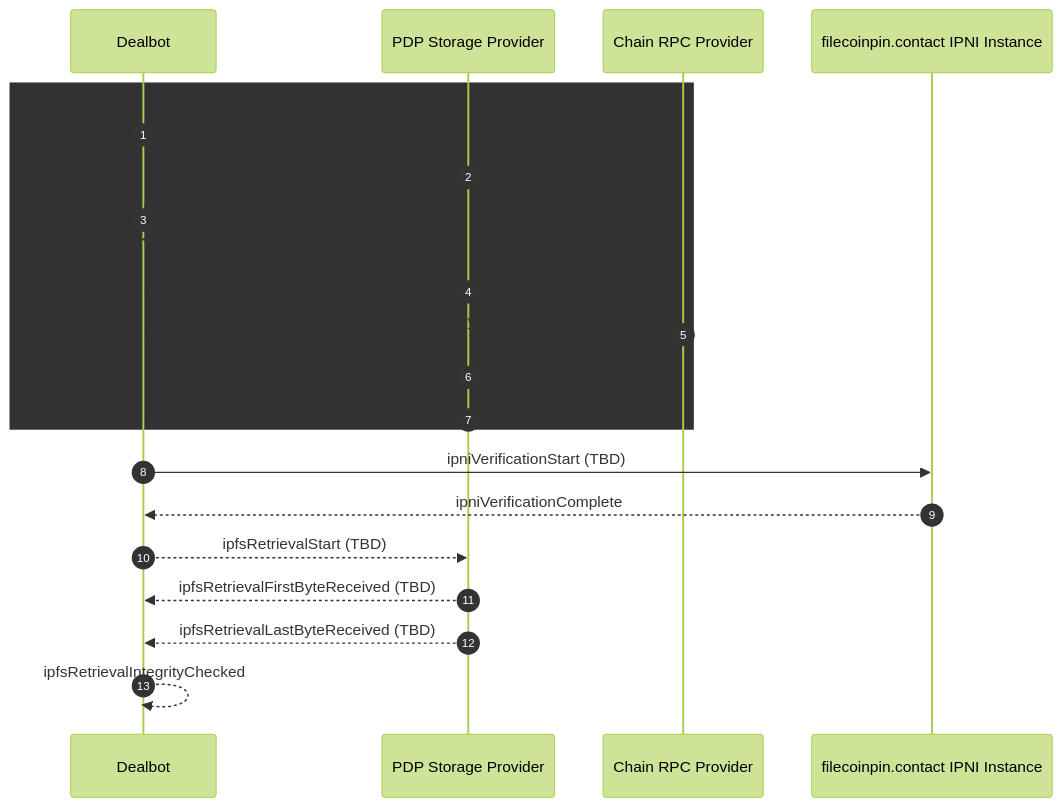
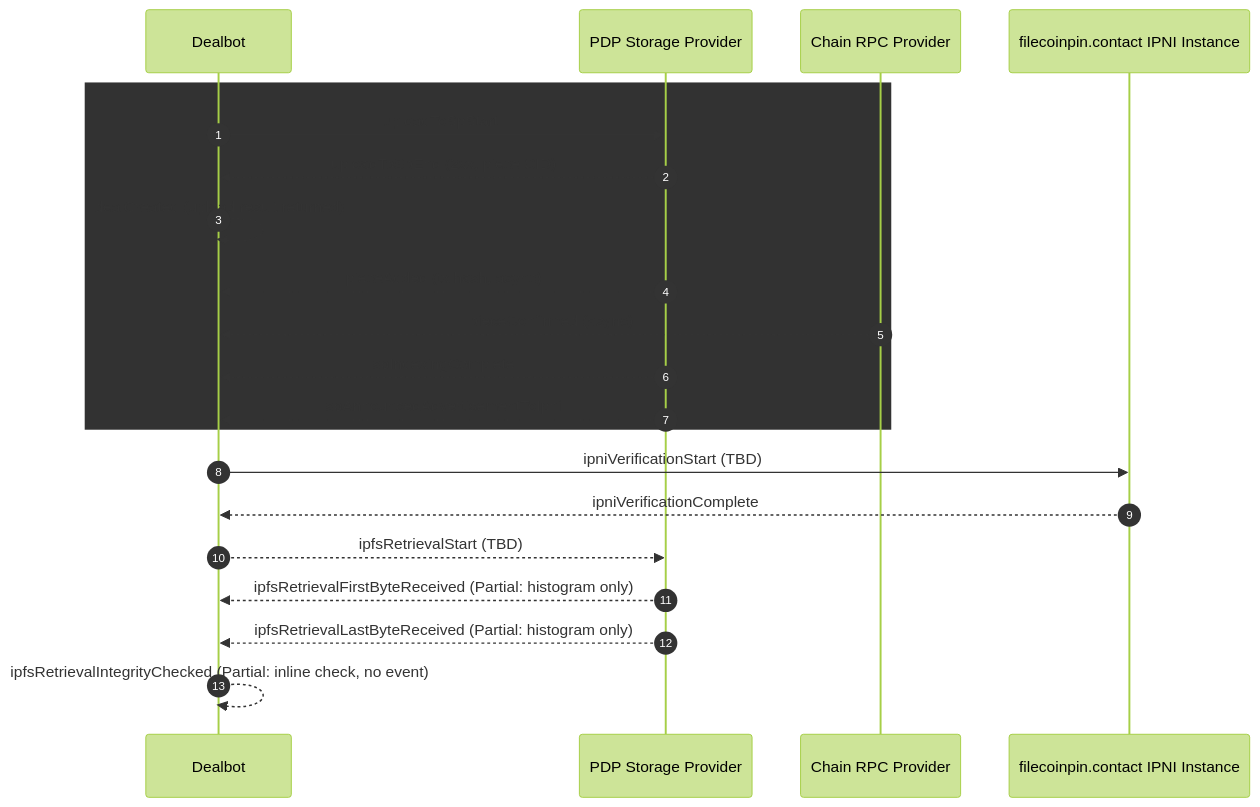
One commit to FilOzone/dealbot changed the diagram in docs/checks/events-and-metrics.md. Above: the diagram before and after it, drawn with Mermaid (forest theme). The commit also changed other lines of this file and 2 other files, not shown here.

First line of the commit message:
docs(checks): address review feedback on callback names and event states

````diff
--- a/docs/checks/events-and-metrics.md
+++ b/docs/checks/events-and-metrics.md
@@ -13,26 +13,26 @@
 ```mermaid
 sequenceDiagram
   autonumber
   participant Dealbot
   participant SP as PDP Storage Provider
   participant RPC as Chain RPC Provider
   participant IPNI as filecoinpin.contact IPNI Instance
 
   rect rgb(50, 50, 50)
     %% Data Storage Only
     Dealbot->>SP: uploadToSpStart
     SP-->>Dealbot: uploadToSpEnd (2xx, piece CID)
     Dealbot-->>Dealbot: dealCreated (upload result returned)
     SP-->>Dealbot: pieceAdded (tx hash, async)
     RPC-->>Dealbot: pieceConfirmed (async)
     SP-->>Dealbot: spIndexingComplete
     SP-->>Dealbot: spAnnouncedAdvertisementToIpni
   end
 
   Dealbot->>IPNI: ipniVerificationStart (TBD)
   IPNI-->>Dealbot: ipniVerificationComplete
   Dealbot-->>SP: ipfsRetrievalStart (TBD)
-  SP-->>Dealbot: ipfsRetrievalFirstByteReceived (TBD)
-  SP-->>Dealbot: ipfsRetrievalLastByteReceived (TBD)
-  Dealbot-->>Dealbot: ipfsRetrievalIntegrityChecked
+  SP-->>Dealbot: ipfsRetrievalFirstByteReceived (Partial: histogram only)
+  SP-->>Dealbot: ipfsRetrievalLastByteReceived (Partial: histogram only)
+  Dealbot-->>Dealbot: ipfsRetrievalIntegrityChecked (Partial: inline check, no event)
 ```
````
